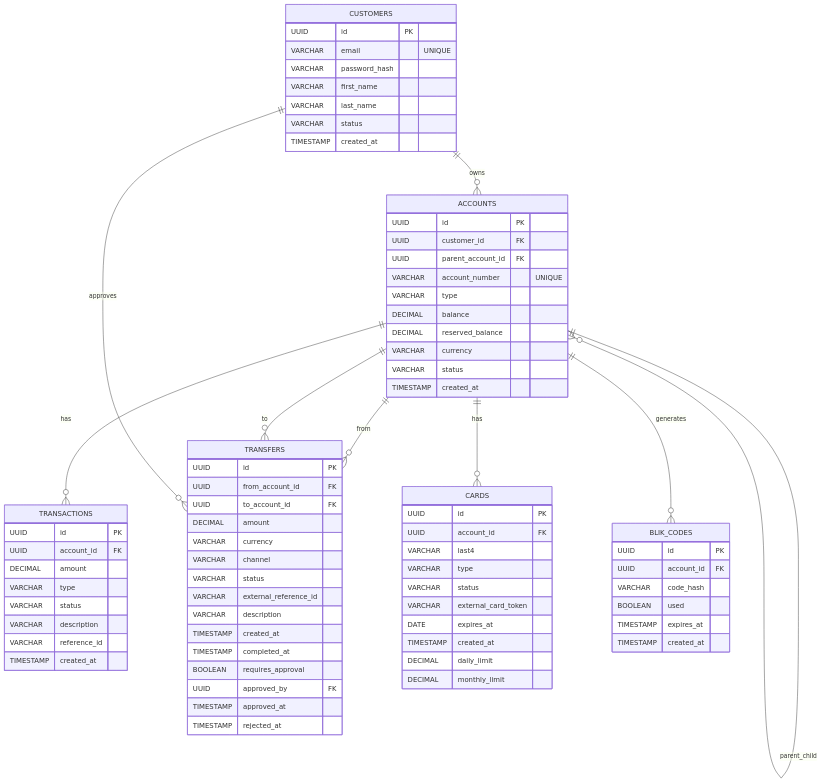
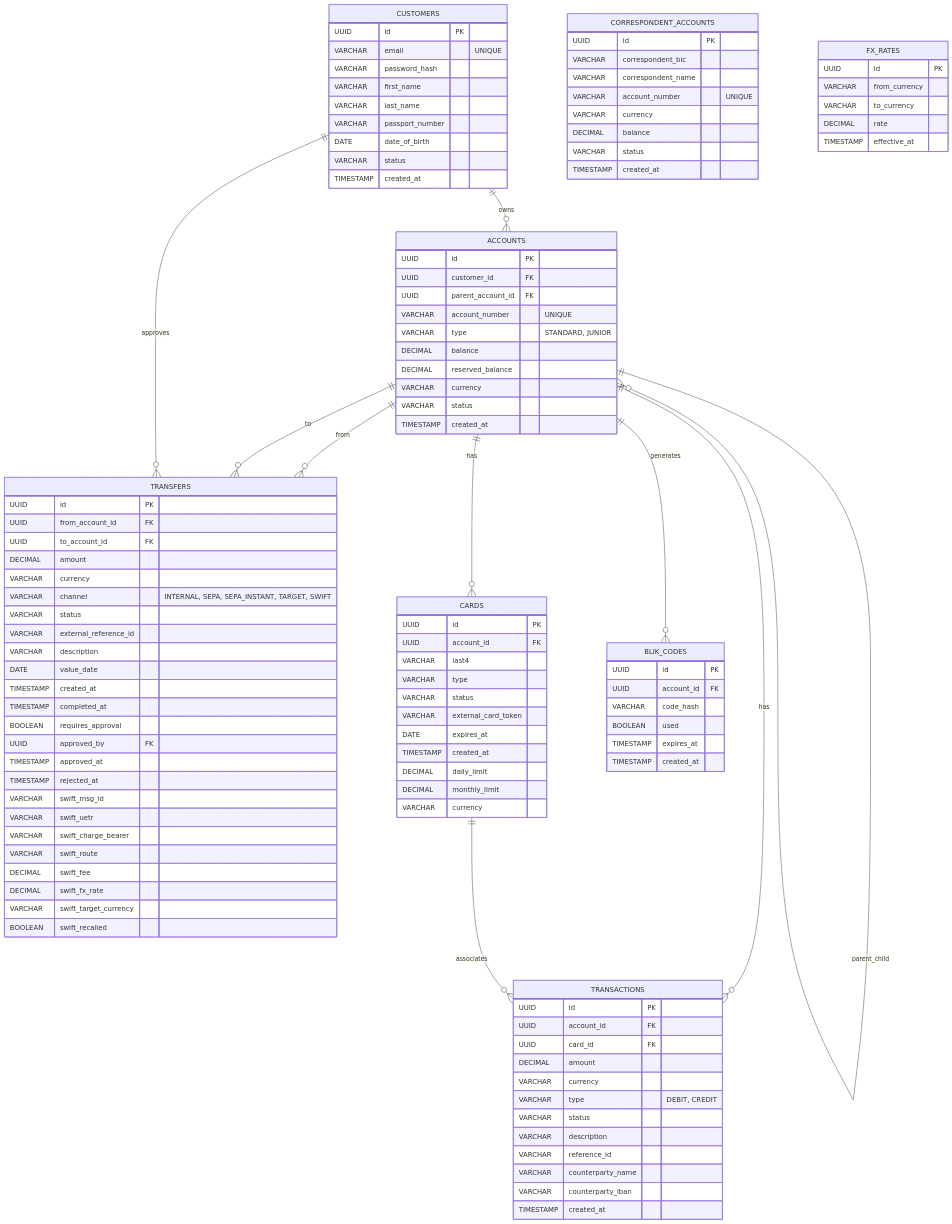
One commit to SooNlK/eu-bank-system changed the diagram in README.md. Above: the diagram before and after it, drawn with Mermaid. The commit also changed other lines of this file and 6 other files, not shown here.

````diff
--- a/README.md
+++ b/README.md
@@ -72,12 +78,13 @@
 ```mermaid
 erDiagram
-
     CUSTOMERS {
         UUID id PK
         VARCHAR email "UNIQUE"
         VARCHAR password_hash
         VARCHAR first_name
         VARCHAR last_name
+        VARCHAR passport_number
+        DATE date_of_birth
         VARCHAR status
         TIMESTAMP created_at
     }
@@ -87,7 +94,7 @@
         UUID customer_id FK
         UUID parent_account_id FK
         VARCHAR account_number "UNIQUE"
-        VARCHAR type
+        VARCHAR type "STANDARD, JUNIOR"
         DECIMAL balance
         DECIMAL reserved_balance
         VARCHAR currency
@@ -98,11 +105,15 @@
     TRANSACTIONS {
         UUID id PK
         UUID account_id FK
+        UUID card_id FK
         DECIMAL amount
-        VARCHAR type
+        VARCHAR currency
+        VARCHAR type "DEBIT, CREDIT"
         VARCHAR status
         VARCHAR description
         VARCHAR reference_id
+        VARCHAR counterparty_name
+        VARCHAR counterparty_iban
         TIMESTAMP created_at
     }
 
@@ -112,16 +123,25 @@
         UUID to_account_id FK
         DECIMAL amount
         VARCHAR currency
-        VARCHAR channel
+        VARCHAR channel "INTERNAL, SEPA, SEPA_INSTANT, TARGET, SWIFT"
         VARCHAR status
         VARCHAR external_reference_id
         VARCHAR description
+        DATE value_date
         TIMESTAMP created_at
         TIMESTAMP completed_at
         BOOLEAN requires_approval
         UUID approved_by FK
         TIMESTAMP approved_at
         TIMESTAMP rejected_at
+        VARCHAR swift_msg_id
+        VARCHAR swift_uetr
+        VARCHAR swift_charge_bearer
+        VARCHAR swift_route
+        DECIMAL swift_fee
+        DECIMAL swift_fx_rate
+        VARCHAR swift_target_currency
+        BOOLEAN swift_recalled
     }
 
     CARDS {
@@ -135,6 +155,7 @@
         TIMESTAMP created_at
         DECIMAL daily_limit
         DECIMAL monthly_limit
+        VARCHAR currency
     }
 
     BLIK_CODES {
@@ -146,17 +167,33 @@
         TIMESTAMP created_at
     }
 
+    CORRESPONDENT_ACCOUNTS {
+        UUID id PK
+        VARCHAR correspondent_bic
+        VARCHAR correspondent_name
+        VARCHAR account_number "UNIQUE"
+        VARCHAR currency
+        DECIMAL balance
+        VARCHAR status
+        TIMESTAMP created_at
+    }
+
+    FX_RATES {
+        UUID id PK
+        VARCHAR from_currency
+        VARCHAR to_currency
+        DECIMAL rate
+        TIMESTAMP effective_at
+    }
+
     %% RELACJE
-
     CUSTOMERS ||--o{ ACCOUNTS : owns
     ACCOUNTS ||--o{ TRANSACTIONS : has
     ACCOUNTS ||--o{ CARDS : has
     ACCOUNTS ||--o{ BLIK_CODES : generates
-
     ACCOUNTS ||--o{ TRANSFERS : "from"
     ACCOUNTS ||--o{ TRANSFERS : "to"
-
+    ACCOUNTS ||--o{ ACCOUNTS : parent_child
+    CARDS ||--o{ TRANSACTIONS : associates
     CUSTOMERS ||--o{ TRANSFERS : approves
-
-    ACCOUNTS ||--o{ ACCOUNTS : parent_child
-``` 
+```
````
